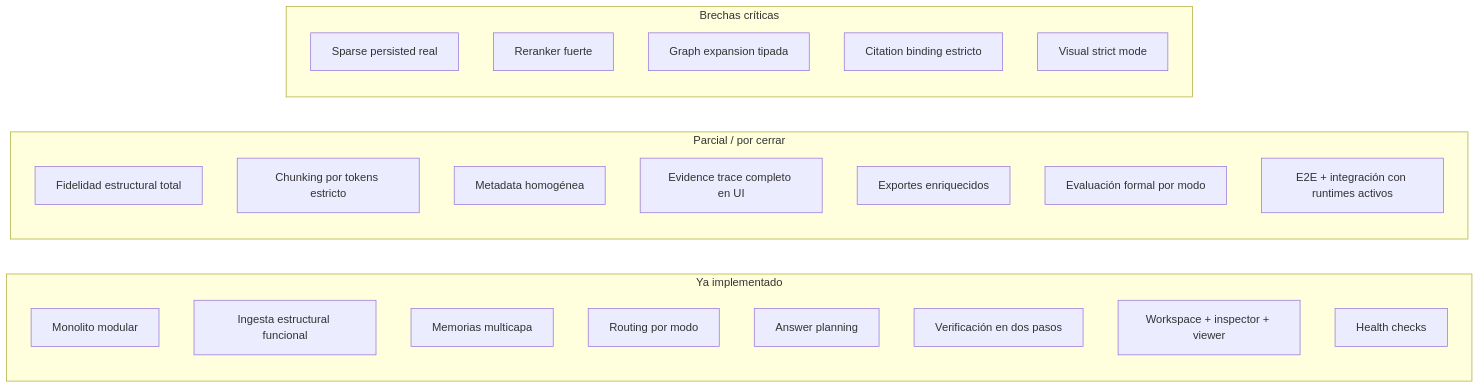
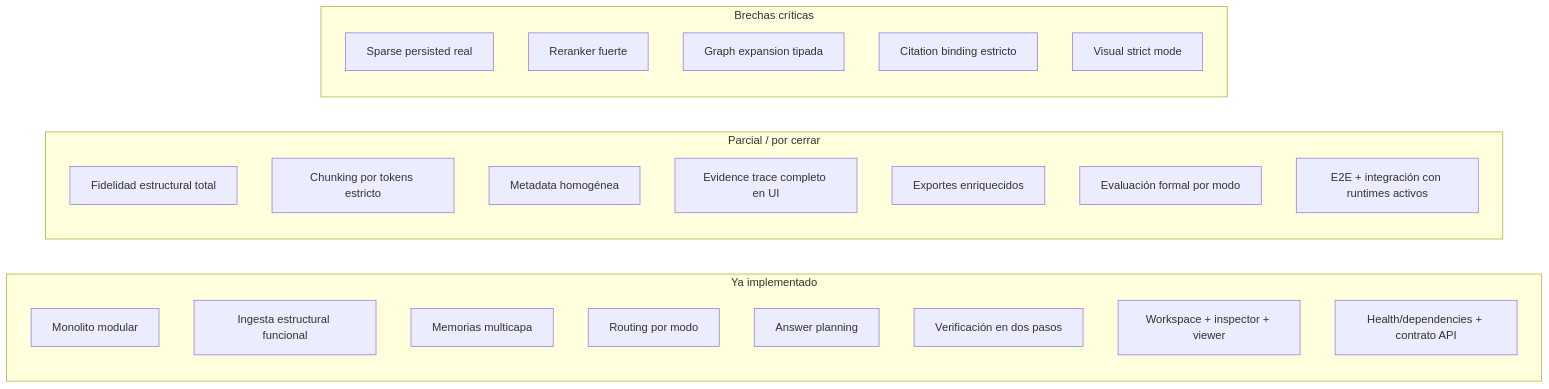
Before and after one commit to marcksdbgg/Atenex_nova: diagram 11 of 12 in docs/atenex_rag_audit_diagrams.md, drawn with Mermaid. The commit also changed other lines of this file and 33 other files, not shown here.

````diff
--- a/docs/atenex_rag_audit_diagrams.md
+++ b/docs/atenex_rag_audit_diagrams.md
@@ -433,31 +441,31 @@
 ```mermaid
 flowchart LR
     subgraph IMPLEMENTADO[Ya implementado]
         I1[Monolito modular]
         I2[Ingesta estructural funcional]
         I3[Memorias multicapa]
         I4[Routing por modo]
         I5[Answer planning]
         I6[Verificación en dos pasos]
         I7[Workspace + inspector + viewer]
-        I8[Health checks]
+        I8[Health/dependencies + contrato API]
     end
 
     subgraph PARCIAL[Parcial / por cerrar]
         P1[Fidelidad estructural total]
         P2[Chunking por tokens estricto]
         P3[Metadata homogénea]
         P4[Evidence trace completo en UI]
         P5[Exportes enriquecidos]
         P6[Evaluación formal por modo]
         P7[E2E + integración con runtimes activos]
     end
 
     subgraph CRITICO[Brechas críticas]
         C1[Sparse persisted real]
         C2[Reranker fuerte]
         C3[Graph expansion tipada]
         C4[Citation binding estricto]
         C5[Visual strict mode]
     end
 ```
````
